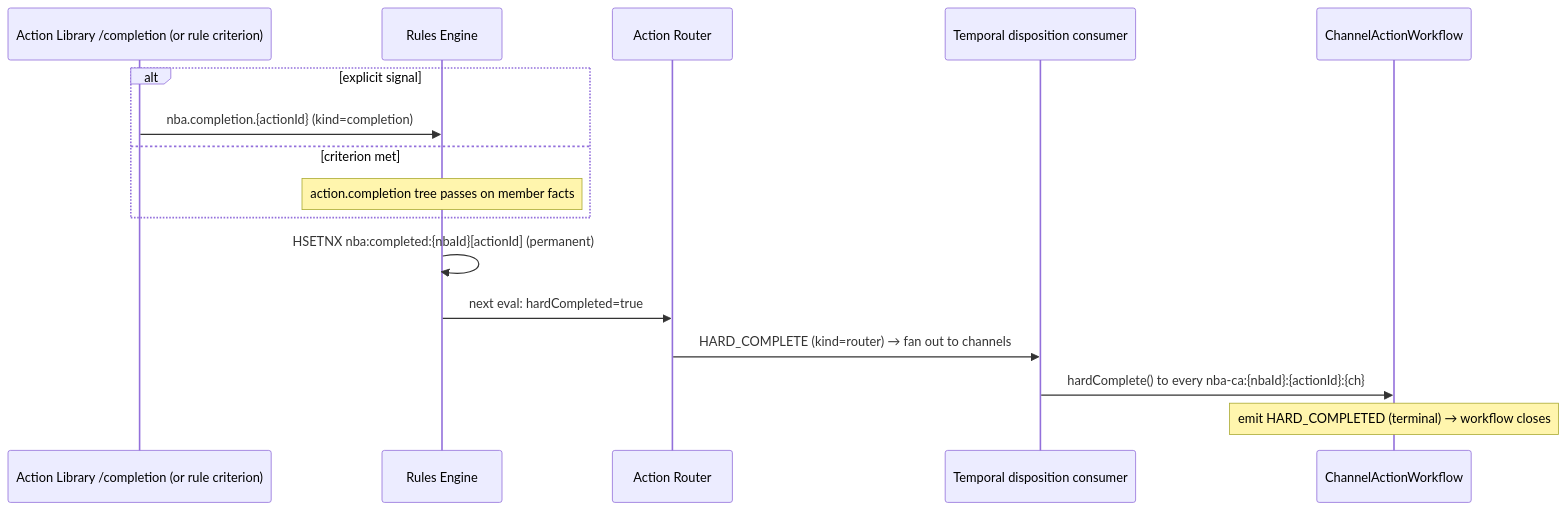
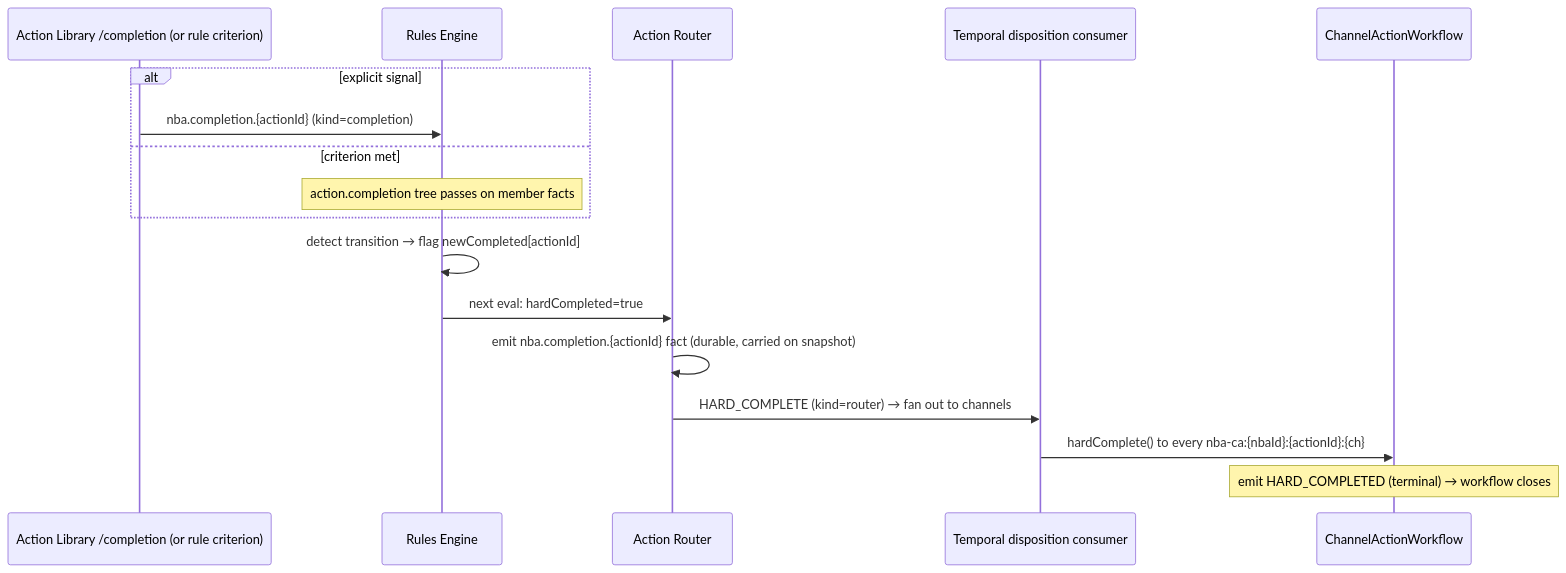
The sixth of 9 diagrams in nba/docs/02-process-flows.md (joshuadmatthews/nba-poc), drawn with Mermaid before and after one commit. The commit also changed other lines of this file and 14 other files, not shown here.

````diff
--- a/nba/docs/02-process-flows.md
+++ b/nba/docs/02-process-flows.md
@@ -146,19 +146,20 @@
 ```mermaid
 sequenceDiagram
     participant API as Action Library /completion (or rule criterion)
     participant RU as Rules Engine
     participant RO as Action Router
     participant DC as Temporal disposition consumer
     participant WF as ChannelActionWorkflow
 
     alt explicit signal
         API->>RU: nba.completion.{actionId} (kind=completion)
     else criterion met
         Note over RU: action.completion tree passes on member facts
     end
-    RU->>RU: HSETNX nba:completed:{nbaId}[actionId] (permanent)
+    RU->>RU: detect transition → flag newCompleted[actionId]
     RU->>RO: next eval: hardCompleted=true
+    RO->>RO: emit nba.completion.{actionId} fact (durable, carried on snapshot)
     RO->>DC: HARD_COMPLETE (kind=router) → fan out to channels
     DC->>WF: hardComplete() to every nba-ca:{nbaId}:{actionId}:{ch}
     Note over WF: emit HARD_COMPLETED (terminal) → workflow closes
 ```
````
